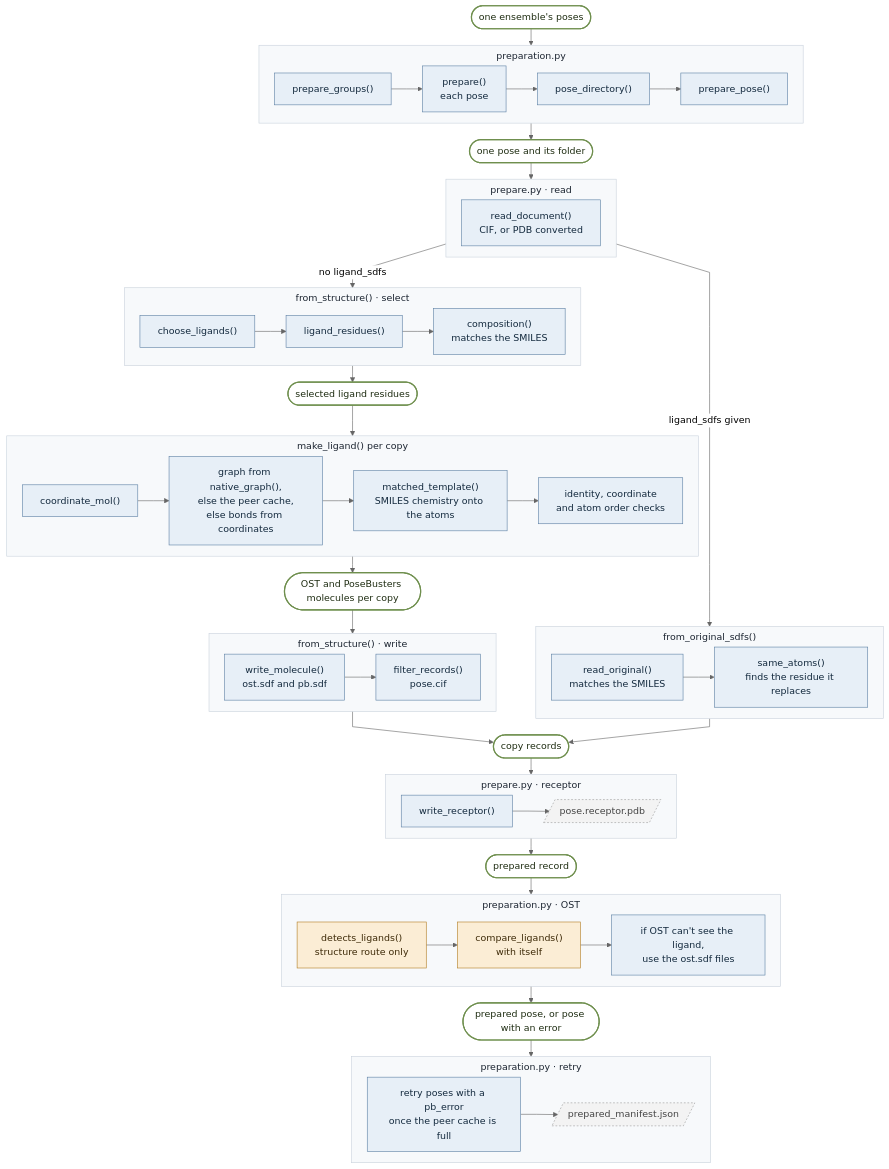
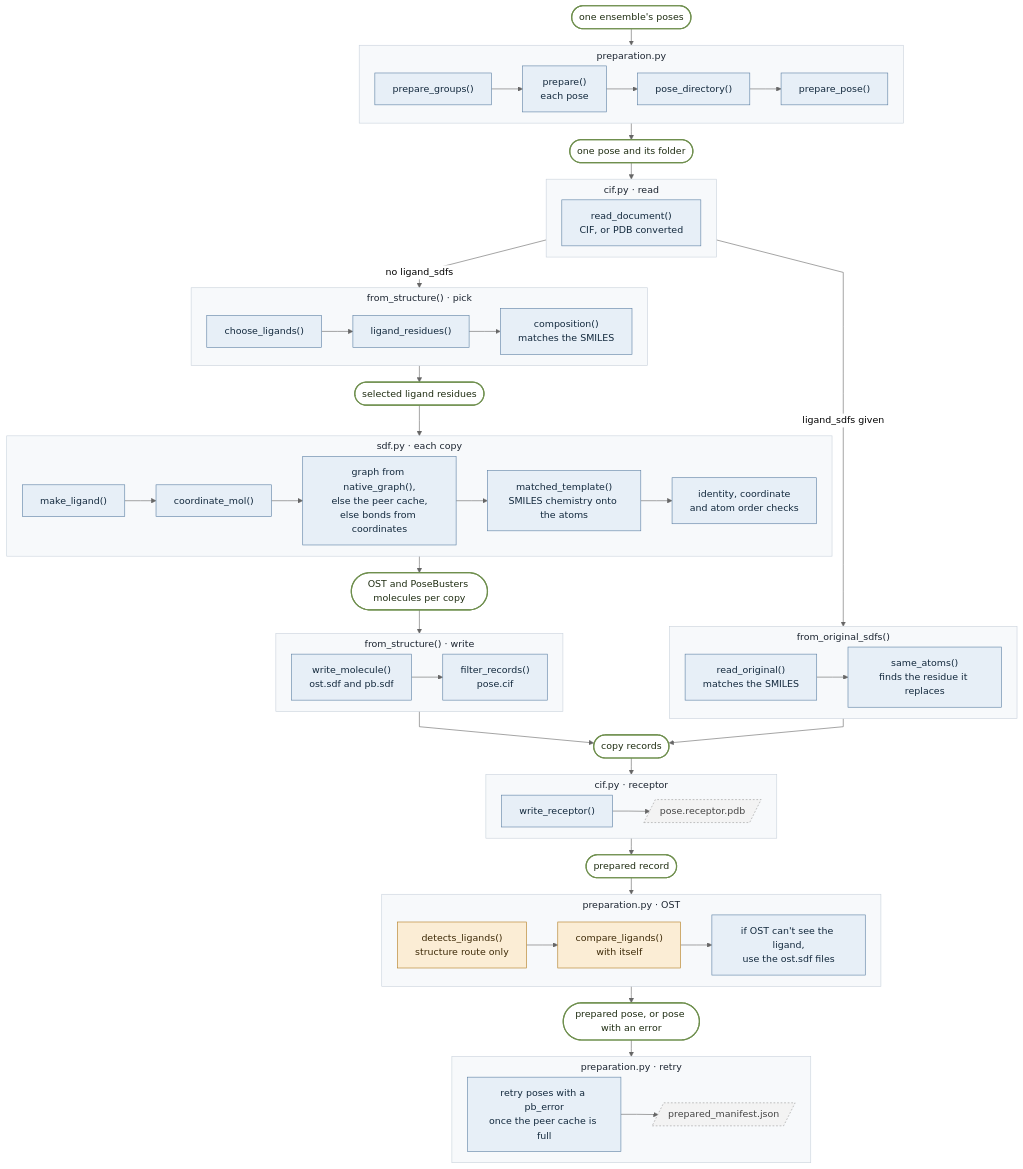
Before and after one commit to James-Broster/core-score: the third of 9 diagrams in docs/code-map.md, drawn with Mermaid (neutral theme). The commit also changed other lines of this file and 17 other files, not shown here.

````diff
--- a/docs/code-map.md
+++ b/docs/code-map.md
@@ -128,71 +128,71 @@
 ```mermaid
 %%{init: {"flowchart": {"curve": "linear", "nodeSpacing": 18, "rankSpacing": 28, "subGraphTitleMargin": {"top": 6, "bottom": 10}}}}%%
 flowchart TB
     classDef fn fill:#e7eff7,stroke:#5b7fa3,color:#13293d
     classDef ost fill:#fbedd5,stroke:#b07a1e,color:#3d2a08
     classDef data fill:#ffffff,stroke:#6f8f4e,color:#1f2d12,stroke-width:2px
     classDef file fill:#f3f3f3,stroke:#9a9a9a,color:#444,stroke-dasharray:3 3
     classDef stage fill:#f7f9fb,stroke:#c9d2dc,color:#1b2430
 
     start(["one ensemble's poses"]):::data
 
     subgraph P1["preparation.py"]
         direction LR
         a1["prepare_groups()"]:::fn --> a2["prepare()<br/>each pose"]:::fn --> a3["pose_directory()"]:::fn --> a4["prepare_pose()"]:::fn
     end
     d1(["one pose and its folder"]):::data
 
-    subgraph P2["prepare.py · read"]
+    subgraph P2["cif.py · read"]
         direction LR
         b1["read_document()<br/>CIF, or PDB converted"]:::fn
     end
 
-    subgraph P3["from_structure() · select"]
+    subgraph P3["from_structure() · pick"]
         direction LR
         c1["choose_ligands()"]:::fn --> c2["ligand_residues()"]:::fn --> c3["composition()<br/>matches the SMILES"]:::fn
     end
     d3(["selected ligand residues"]):::data
 
-    subgraph P4["make_ligand() per copy"]
+    subgraph P4["sdf.py · each copy"]
         direction LR
-        m1["coordinate_mol()"]:::fn --> m2["graph from native_graph(),<br/>else the peer cache,<br/>else bonds from coordinates"]:::fn --> m3["matched_template()<br/>SMILES chemistry onto the atoms"]:::fn --> m4["identity, coordinate<br/>and atom order checks"]:::fn
+        m1["make_ligand()"]:::fn --> m2["coordinate_mol()"]:::fn --> m3["graph from native_graph(),<br/>else the peer cache,<br/>else bonds from coordinates"]:::fn --> m4["matched_template()<br/>SMILES chemistry onto the atoms"]:::fn --> m5["identity, coordinate<br/>and atom order checks"]:::fn
     end
     d4(["OST and PoseBusters molecules per copy"]):::data
 
     subgraph P5["from_structure() · write"]
         direction LR
         w1["write_molecule()<br/>ost.sdf and pb.sdf"]:::fn --> w2["filter_records()<br/>pose.cif"]:::fn
     end
 
     subgraph P6["from_original_sdfs()"]
         direction LR
         o1["read_original()<br/>matches the SMILES"]:::fn --> o2["same_atoms()<br/>finds the residue it replaces"]:::fn
     end
     d5(["copy records"]):::data
 
-    subgraph P7["prepare.py · receptor"]
+    subgraph P7["cif.py · receptor"]
         direction LR
         r1["write_receptor()"]:::fn --> r2[/"pose.receptor.pdb"/]:::file
     end
     d6(["prepared record"]):::data
 
     subgraph P8["preparation.py · OST"]
         direction LR
         t1["detects_ligands()<br/>structure route only"]:::ost --> t2["compare_ligands()<br/>with itself"]:::ost --> t3["if OST can't see the ligand,<br/>use the ost.sdf files"]:::fn
     end
     d7(["prepared pose, or pose with an error"]):::data
 
     subgraph P9["preparation.py · retry"]
         direction LR
         f1["retry poses with a pb_error<br/>once the peer cache is full"]:::fn --> f2[/"prepared_manifest.json"/]:::file
     end
 
     start --> P1 --> d1 --> P2
     P2 -->|"no ligand_sdfs"| P3
     P2 -->|"ligand_sdfs given"| P6
     P3 --> d3 --> P4 --> d4 --> P5 --> d5
     P6 --> d5
     d5 --> P7 --> d6 --> P8 --> d7 --> P9
 
     class P1,P2,P3,P4,P5,P6,P7,P8,P9 stage
 ```
````
